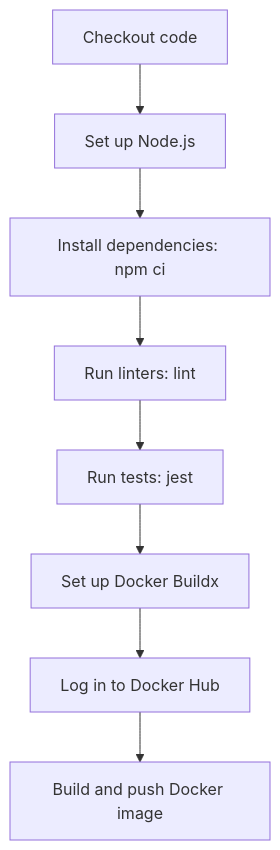
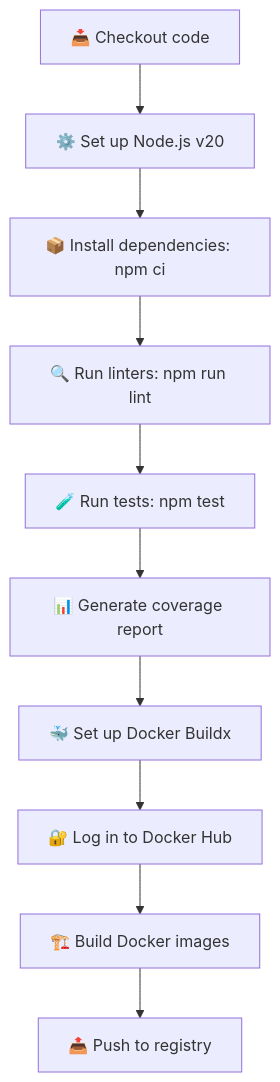
The diagram in README.md (MarcoBisson/LOG430-Lab0), drawn with Mermaid before and after one commit. The commit also changed other lines of this file and 1 other file, not shown here.

Commit message:
Add Dockerfile for multi-stage build and update README for 3-tier architecture

````diff
--- a/README.md
+++ b/README.md
@@ -137,20 +300,23 @@
 ```mermaid
 flowchart TD
-    A["Checkout code"]
-    B["Set up Node.js"]
-    C["Install dependencies: npm ci"]
-    D["Run linters: lint"]
-    E["Run tests: jest"]
-    F["Set up Docker Buildx"]
-    G["Log in to Docker Hub"]
-    H["Build and push Docker image"]
+    A["📥 Checkout code"]
+    B["⚙️ Set up Node.js v20"]
+    C["📦 Install dependencies: npm ci"]
+    D["🔍 Run linters: npm run lint"]
+    E["🧪 Run tests: npm test"]
+    F["📊 Generate coverage report"]
+    G["🐳 Set up Docker Buildx"]
+    H["🔐 Log in to Docker Hub"]
+    I["🏗️ Build Docker images"]
+    J["📤 Push to registry"]
 
     A --> B
     B --> C
     C --> D
     D --> E
     E --> F
     F --> G
     G --> H
-
+    H --> I
+    I --> J
 ```
````
